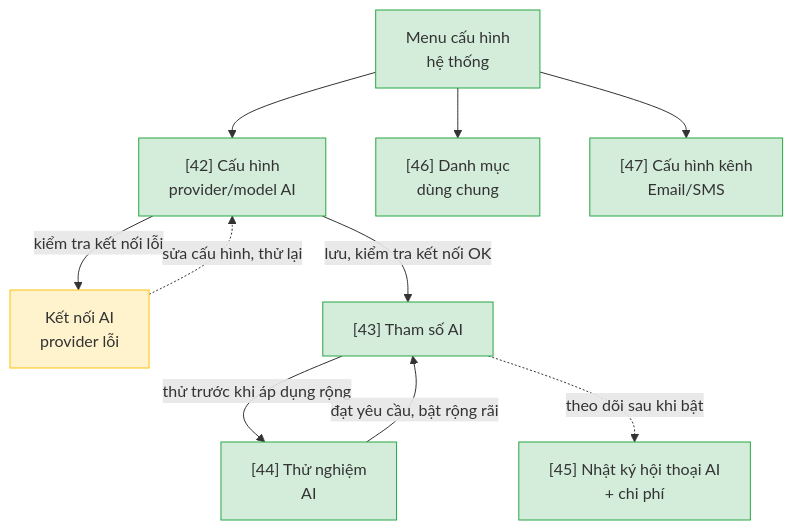
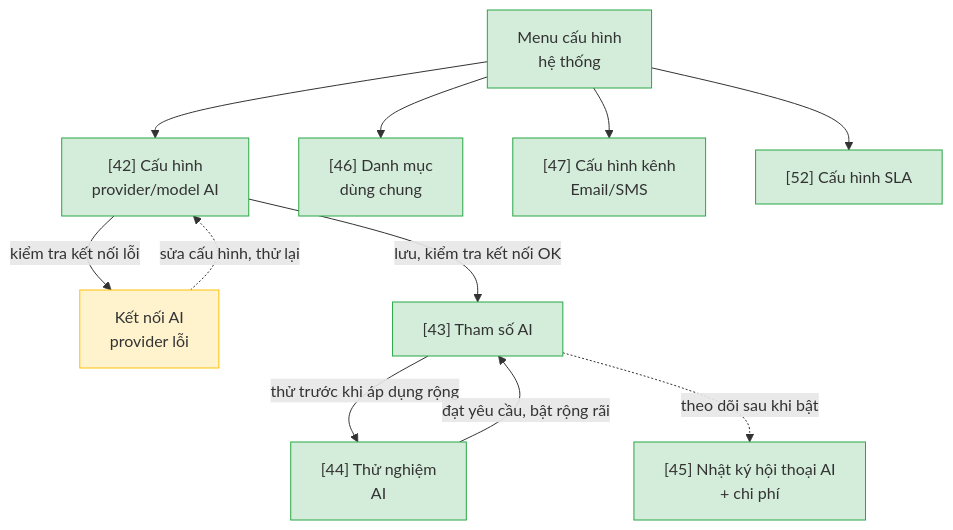
One commit to mynguyencnttpx-alt/workspace-vnpt-ioffice changed the ninth of 10 diagrams in docs/ho-tro-cskh/srs/ho-tro-cskh-userflow.md. Above: the diagram before and after it, drawn with Mermaid. The commit also changed other lines of this file and 11 other files, not shown here.

````diff
--- a/docs/ho-tro-cskh/srs/ho-tro-cskh-userflow.md
+++ b/docs/ho-tro-cskh/srs/ho-tro-cskh-userflow.md
@@ -265,27 +268,29 @@
 ```mermaid
 flowchart TD
     f9hub["Menu cấu hình<br/>hệ thống"]
     f9n1["[42] Cấu hình<br/>provider/model AI"]
     f9edge1["Kết nối AI<br/>provider lỗi"]
     f9n2["[43] Tham số AI"]
     f9n3["[44] Thử nghiệm<br/>AI"]
     f9n4["[45] Nhật ký hội thoại AI<br/>+ chi phí"]
     f9n5["[46] Danh mục<br/>dùng chung"]
     f9n6["[47] Cấu hình kênh<br/>Email/SMS"]
+    f9n8["[52] Cấu hình SLA"]
 
     f9hub --> f9n1
     f9hub --> f9n5
     f9hub --> f9n6
+    f9hub --> f9n8
     f9n1 -->|"lưu, kiểm tra kết nối OK"| f9n2
     f9n1 -->|"kiểm tra kết nối lỗi"| f9edge1
     f9edge1 -.->|"sửa cấu hình, thử lại"| f9n1
     f9n2 -->|"thử trước khi áp dụng rộng"| f9n3
     f9n3 -->|"đạt yêu cầu, bật rộng rãi"| f9n2
     f9n2 -.->|"theo dõi sau khi bật"| f9n4
 
     classDef happy fill:#d4edda,stroke:#28a745
     classDef edge fill:#fff3cd,stroke:#ffc107
 
-    class f9hub,f9n1,f9n2,f9n3,f9n4,f9n5,f9n6 happy
+    class f9hub,f9n1,f9n2,f9n3,f9n4,f9n5,f9n6,f9n8 happy
     class f9edge1 edge
 ```
````
